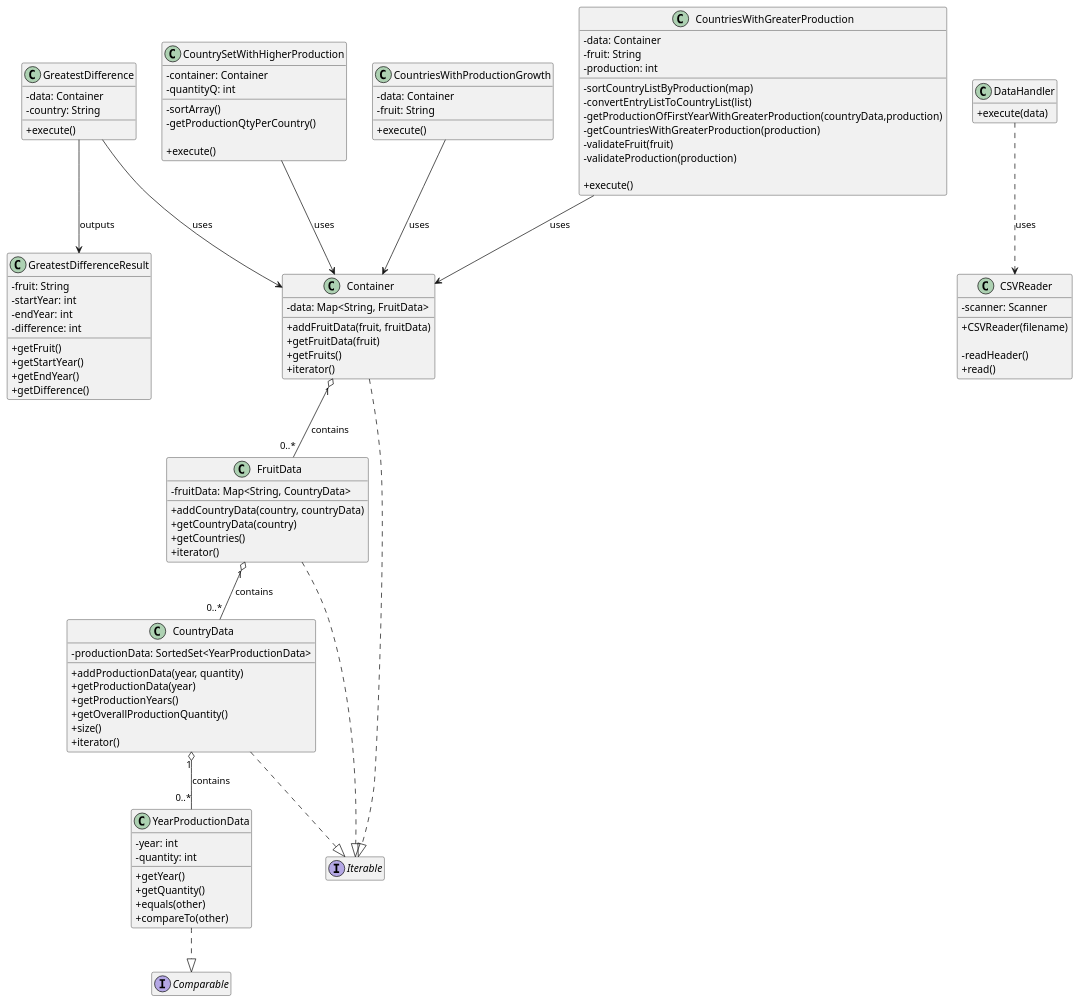
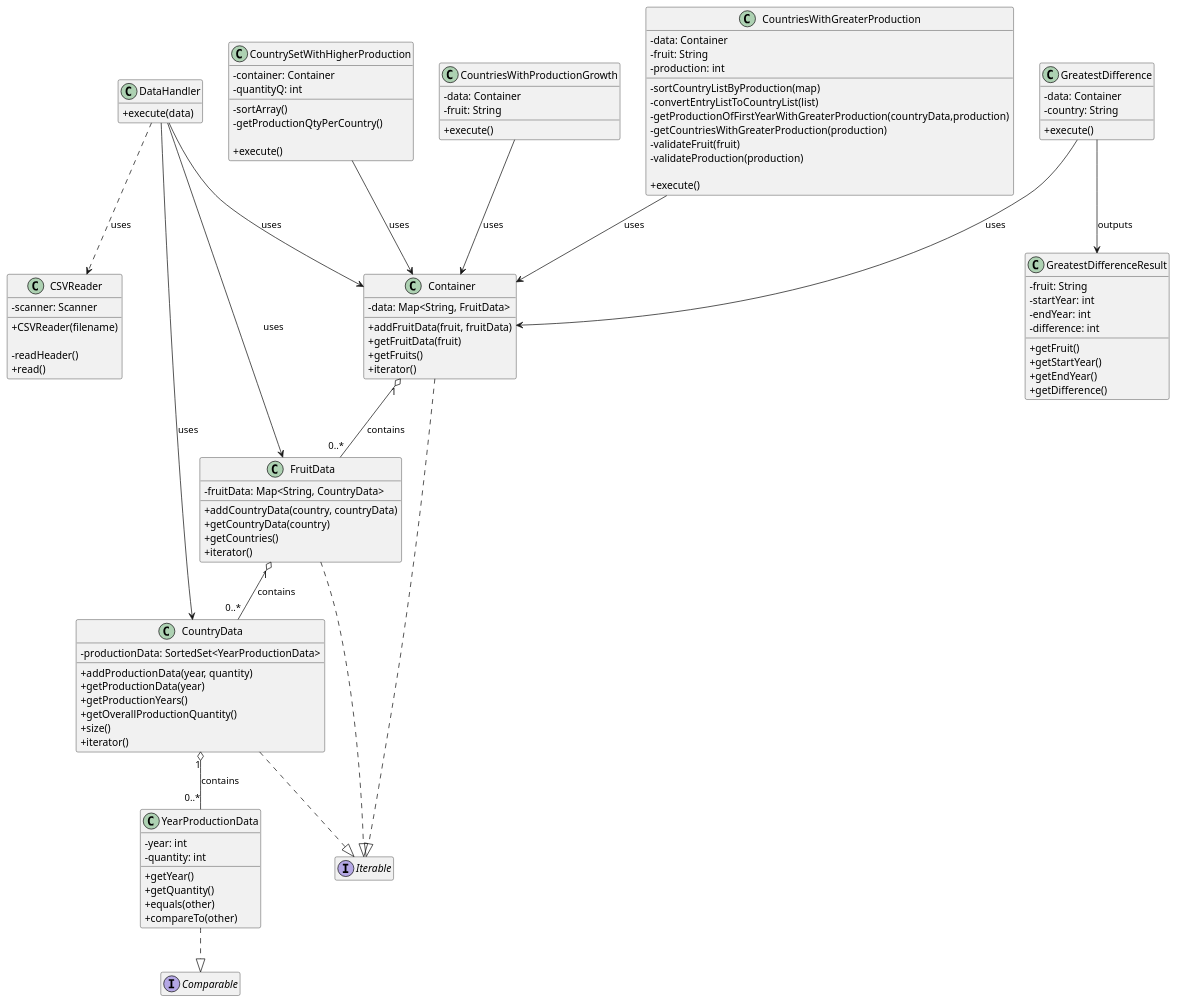
Before and after one commit to ricardo177m/esinf-trab01: the diagram in docs/CD_complete.puml, drawn with PlantUML. The commit also changed 1 other file, not shown here.

```diff
--- a/docs/CD_complete.puml
+++ b/docs/CD_complete.puml
@@ -1,138 +1,144 @@
 @startuml CD_COMPLETE
 
 skinparam classAttributeIconSize 0
 hide empty members
 
 class Container {
   -data: Map<String, FruitData>
 
   +addFruitData(fruit, fruitData)
   +getFruitData(fruit)
   +getFruits()
   +iterator()
 }
 
 class FruitData {
   -fruitData: Map<String, CountryData>
 
   +addCountryData(country, countryData)
   +getCountryData(country)
   +getCountries()
   +iterator()
 }
 
 class CountryData {
   -productionData: SortedSet<YearProductionData>
 
   +addProductionData(year, quantity)
   +getProductionData(year)
   +getProductionYears()
   +getOverallProductionQuantity()
   +size()
   +iterator()
 }
 
 class YearProductionData {
   -year: int
   -quantity: int
 
   +getYear()
   +getQuantity()
   +equals(other)
   +compareTo(other)
 }
 
 class GreatestDifferenceResult {
   - fruit: String
   - startYear: int
   - endYear: int
   - difference: int
 
   +getFruit()
   +getStartYear()
   +getEndYear()
   +getDifference()
 }
 
 class CSVReader {
   -scanner: Scanner
 
   + CSVReader(filename)
 
   - readHeader()
   + read()
 }
 
 class GreatestDifference {
   -data: Container
   -country: String
 
   +execute()
 }
 
 class DataHandler {
   +execute(data)
 }
 
 class CountrySetWithHigherProduction {
   -container: Container
   - quantityQ: int
 
   -sortArray()
   -getProductionQtyPerCountry()
 
   +execute()
 }
 
 class CountriesWithProductionGrowth {
   -data: Container
   -fruit: String
 
   +execute()
 }
 
 class CountriesWithGreaterProduction {
   -data: Container
   -fruit: String
   -production: int
 
   -sortCountryListByProduction(map)
   -convertEntryListToCountryList(list)
   -getProductionOfFirstYearWithGreaterProduction(countryData,production)
   -getCountriesWithGreaterProduction(production)
   -validateFruit(fruit)
   -validateProduction(production)
 
   +execute()
 }
 
 interface Iterable
 
 interface Comparable
 
 Container "1" o-- "0..*" FruitData : contains
 
 FruitData "1" o-- "0..*" CountryData : contains
 
 CountryData "1" o-- "0..*" YearProductionData : contains
 
 YearProductionData ..|> Comparable
 
 CountryData ..|> Iterable
 
 FruitData ..|> Iterable
 
 Container ..|> Iterable
 
 GreatestDifference --> Container : uses
 GreatestDifference --> GreatestDifferenceResult : outputs
 
 DataHandler ..> CSVReader : uses
 
 CountriesWithGreaterProduction --> Container : uses
 
 CountriesWithProductionGrowth --> Container : uses
 
 CountrySetWithHigherProduction --> Container : uses
 
+DataHandler --> Container : uses
+
+DataHandler --> CountryData : uses
+
+DataHandler --> FruitData : uses
+
 @enduml
```
